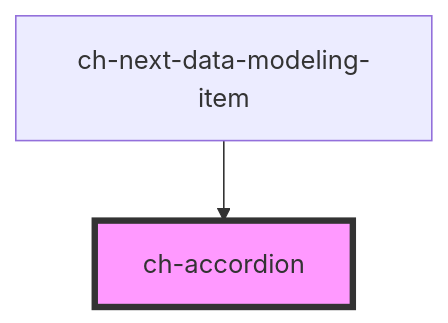
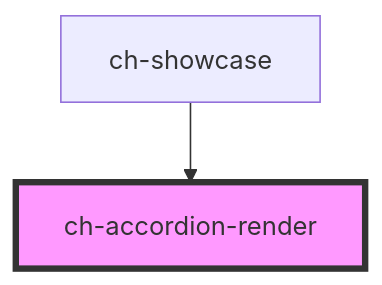
One commit to genexuslabs/chameleon-controls-library changed the diagram in src/components/accordion/readme.md. Above: the diagram before and after it, drawn with Mermaid. The commit also changed other lines of this file and 28 other files, not shown here.

First line of the commit message:
Add `ch-accordion-render` component (#393)

````diff
--- a/src/components/accordion/readme.md
+++ b/src/components/accordion/readme.md
@@ -48,5 +45,5 @@
 ```mermaid
 graph TD;
-  ch-next-data-modeling-item --> ch-accordion
-  style ch-accordion fill:#f9f,stroke:#333,stroke-width:4px
+  ch-showcase --> ch-accordion-render
+  style ch-accordion-render fill:#f9f,stroke:#333,stroke-width:4px
 ```
````
